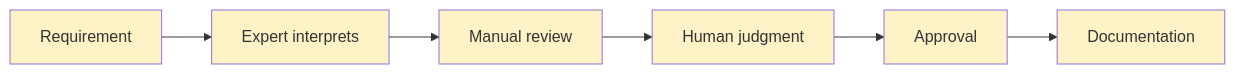
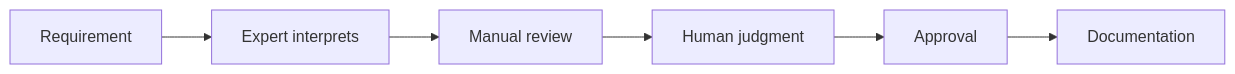
Before and after one commit to ready-to-release/eac: the first of 3 diagrams in docs/explanation/everything-as-code/cynefin-framework.md, drawn with Mermaid. The commit also changed other lines of this file and 28 other files, not shown here.

````diff
--- a/docs/explanation/everything-as-code/cynefin-framework.md
+++ b/docs/explanation/everything-as-code/cynefin-framework.md
@@ -153,11 +153,5 @@
 ```mermaid
 flowchart LR
     A[Requirement] --> B[Expert interprets] --> C[Manual review]
     C --> D[Human judgment] --> E[Approval] --> F[Documentation]
-    style A fill:#fef3c7
-    style B fill:#fef3c7
-    style C fill:#fef3c7
-    style D fill:#fef3c7
-    style E fill:#fef3c7
-    style F fill:#fef3c7
 ```
````
